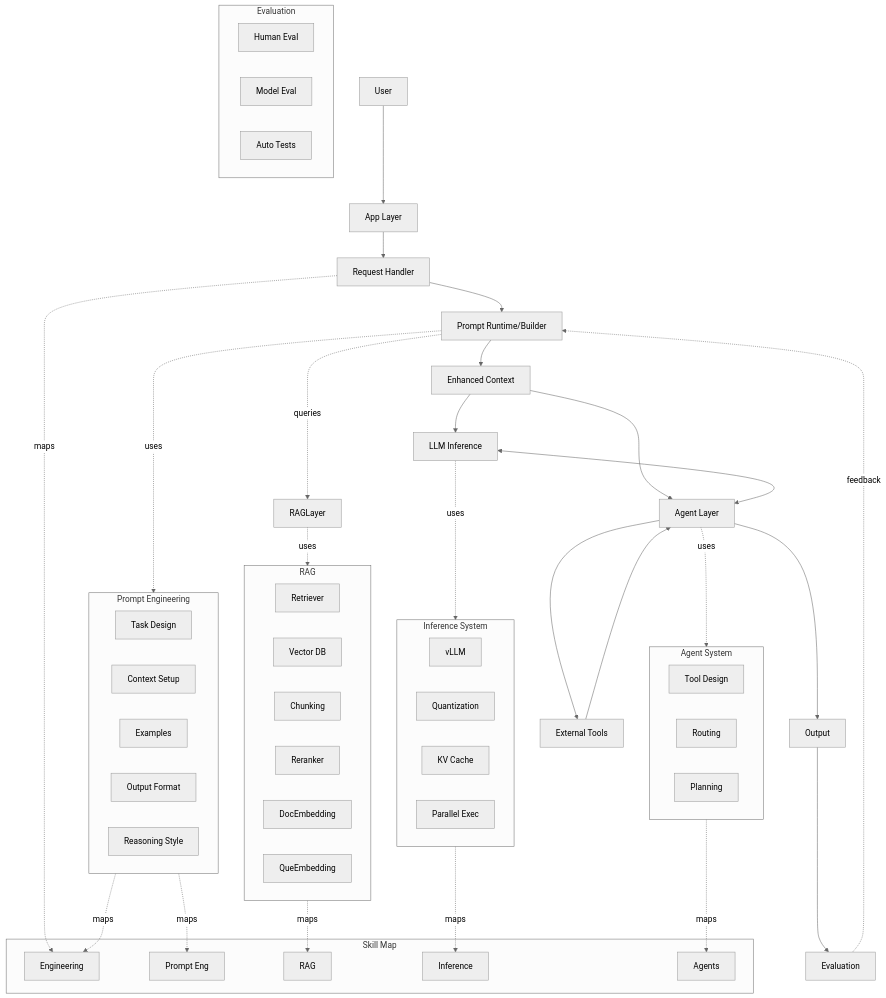
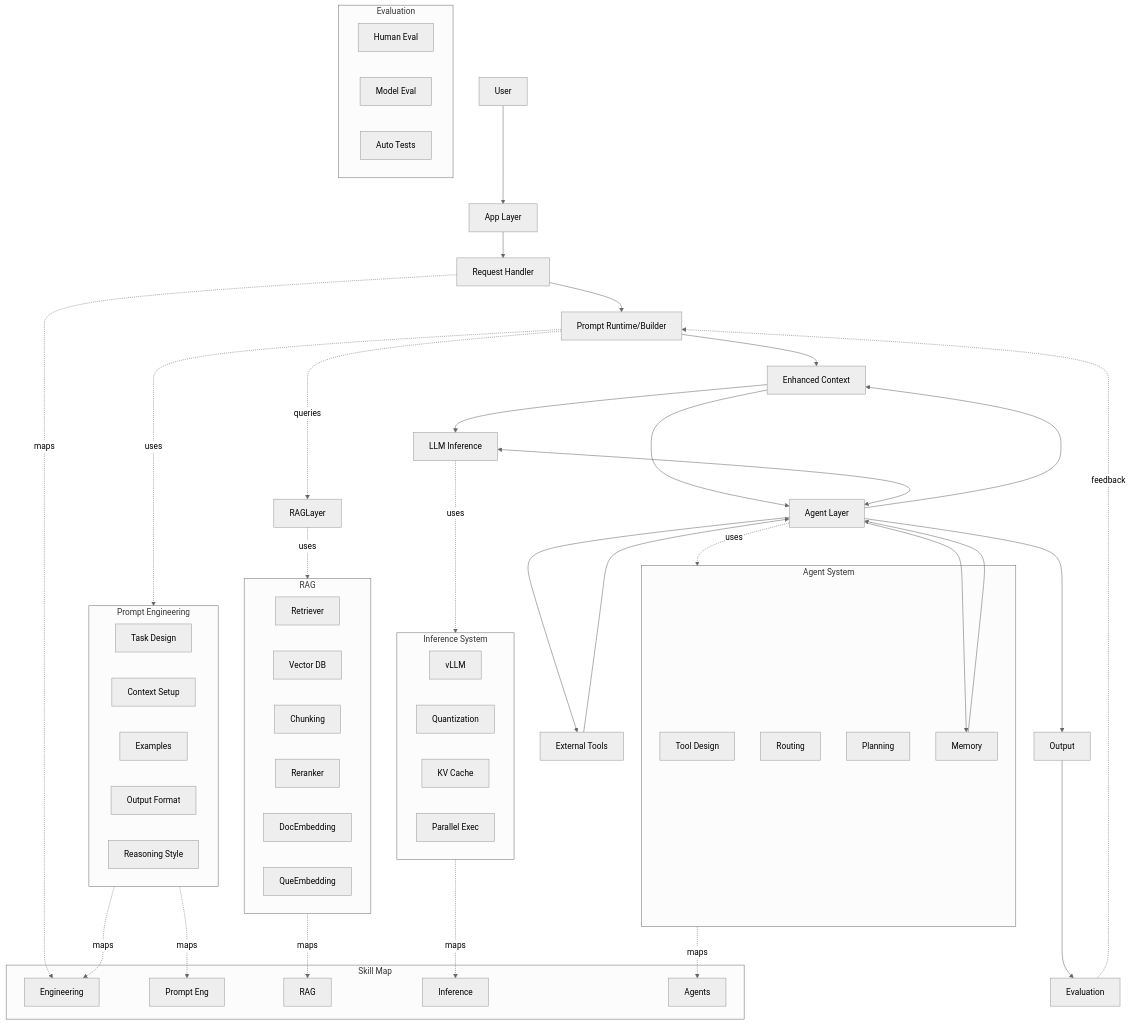
Before and after one commit to Poseiden/AI-Awesome: the diagram in combined.md, drawn with Mermaid (neutral theme). The commit also changed other lines of this file, not shown here.

Commit message:
[feat] add memory in agent system.

```diff
--- a/combined.md
+++ b/combined.md
@@ -58,8 +58,12 @@
     Agent_ToolDesign[Tool Design]
     Agent_Routing[Routing]
     Agent_Planning[Planning]
+    Agent_Memory[Memory]
   end
   AgentLayer -. uses .-> AgentSys
+  AgentLayer --> Agent_Memory
+  Agent_Memory --> AgentLayer
+  AgentLayer --> EnhancedContext
 
   AgentLayer --> Tools[External Tools]
   Tools --> AgentLayer
```
